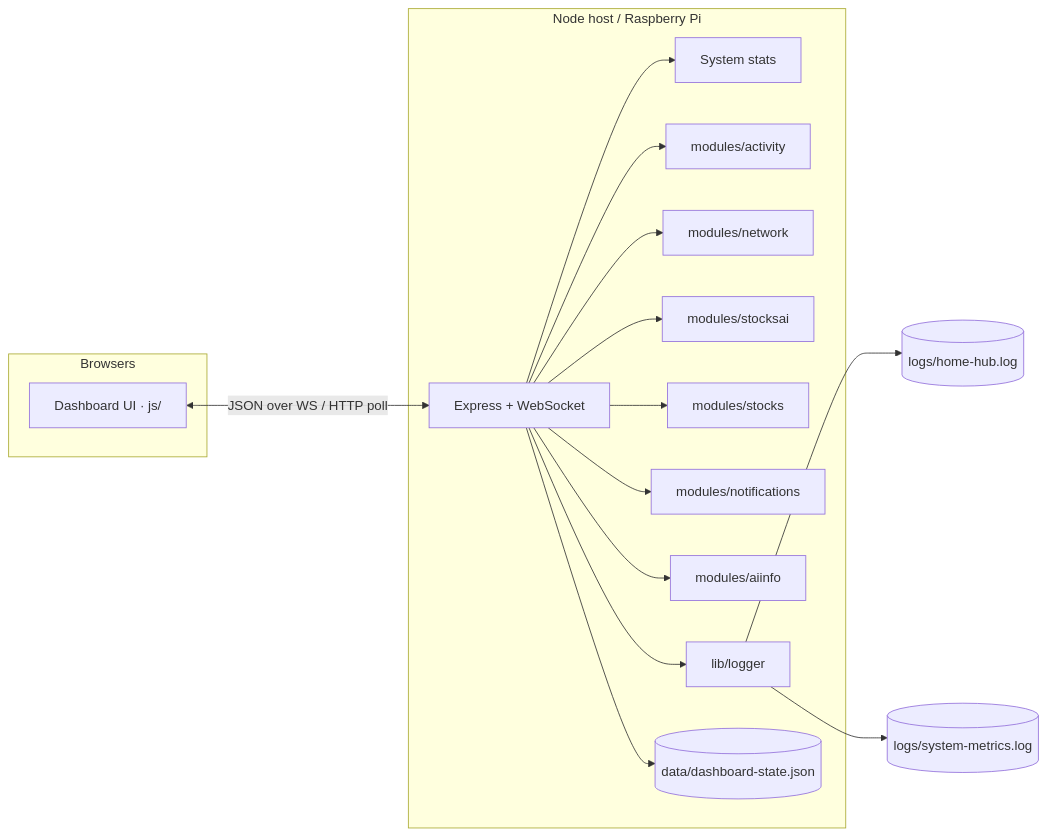
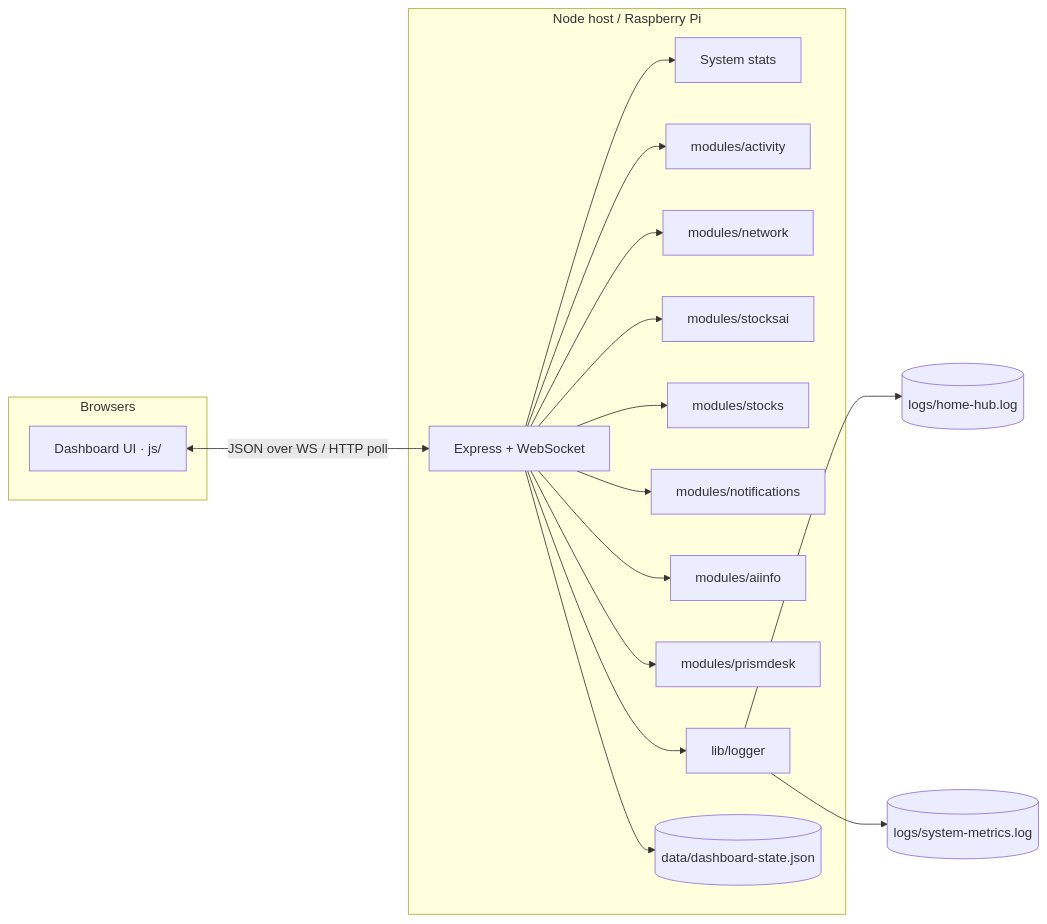
One commit to yigitcnsn/home-hub changed the diagram in README.md. Above: the diagram before and after it, drawn with Mermaid. The commit also changed other lines of this file and 10 other files, not shown here.

````diff
--- a/README.md
+++ b/README.md
@@ -173,32 +182,34 @@
 ```mermaid
 flowchart LR
   subgraph clients [Browsers]
     A[Dashboard UI · js/]
   end
 
   subgraph host [Node host / Raspberry Pi]
     B[Express + WebSocket]
     C[System stats]
     D[modules/activity]
     E[modules/network]
     F[modules/stocksai]
     F2[modules/stocks]
     F3[modules/notifications]
     F4[modules/aiinfo]
+    F5[modules/prismdesk]
     G[lib/logger]
     H[(data/dashboard-state.json)]
   end
 
   A <-->|JSON over WS / HTTP poll| B
   B --> C
   B --> D
   B --> E
   B --> F
   B --> F2
   B --> F3
   B --> F4
+  B --> F5
   B --> G
   B --> H
   G --> I[(logs/home-hub.log)]
   G --> J[(logs/system-metrics.log)]
 ```
````
